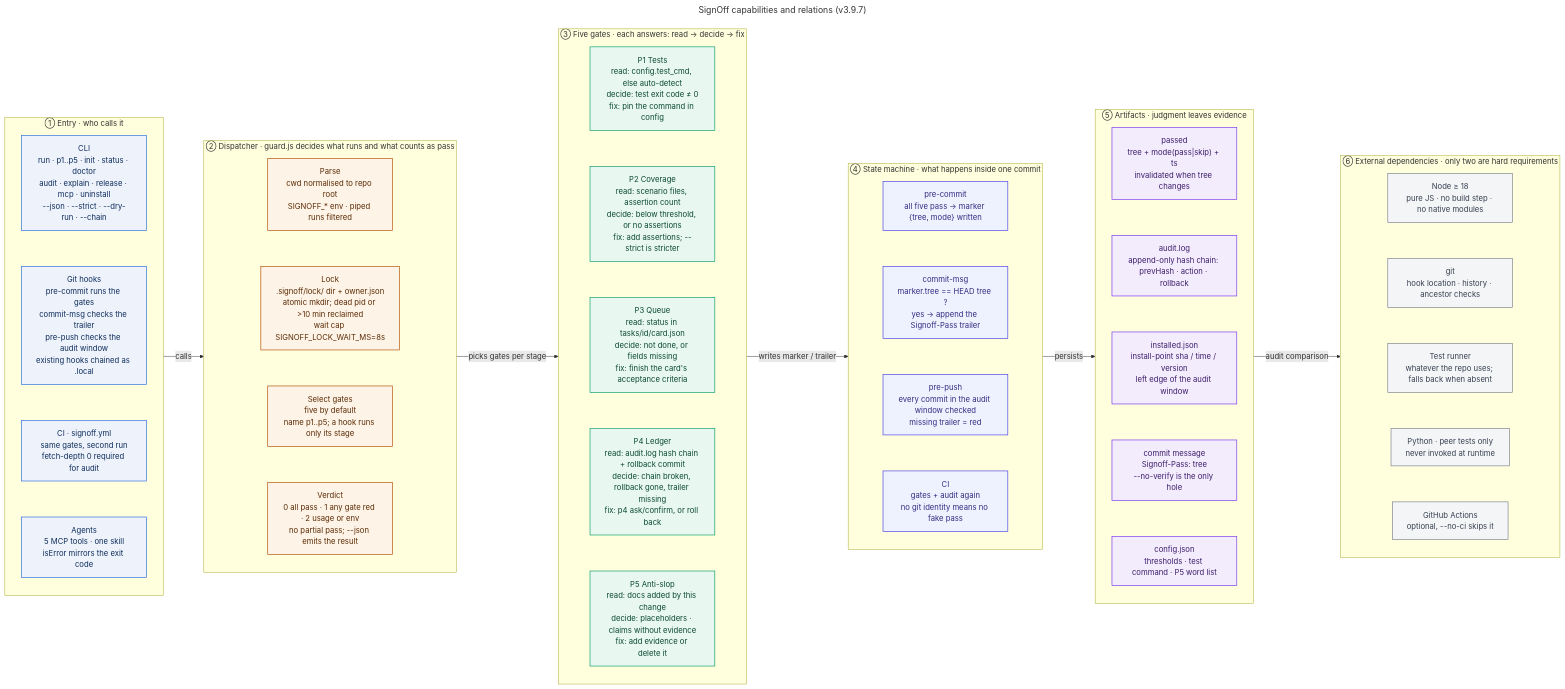
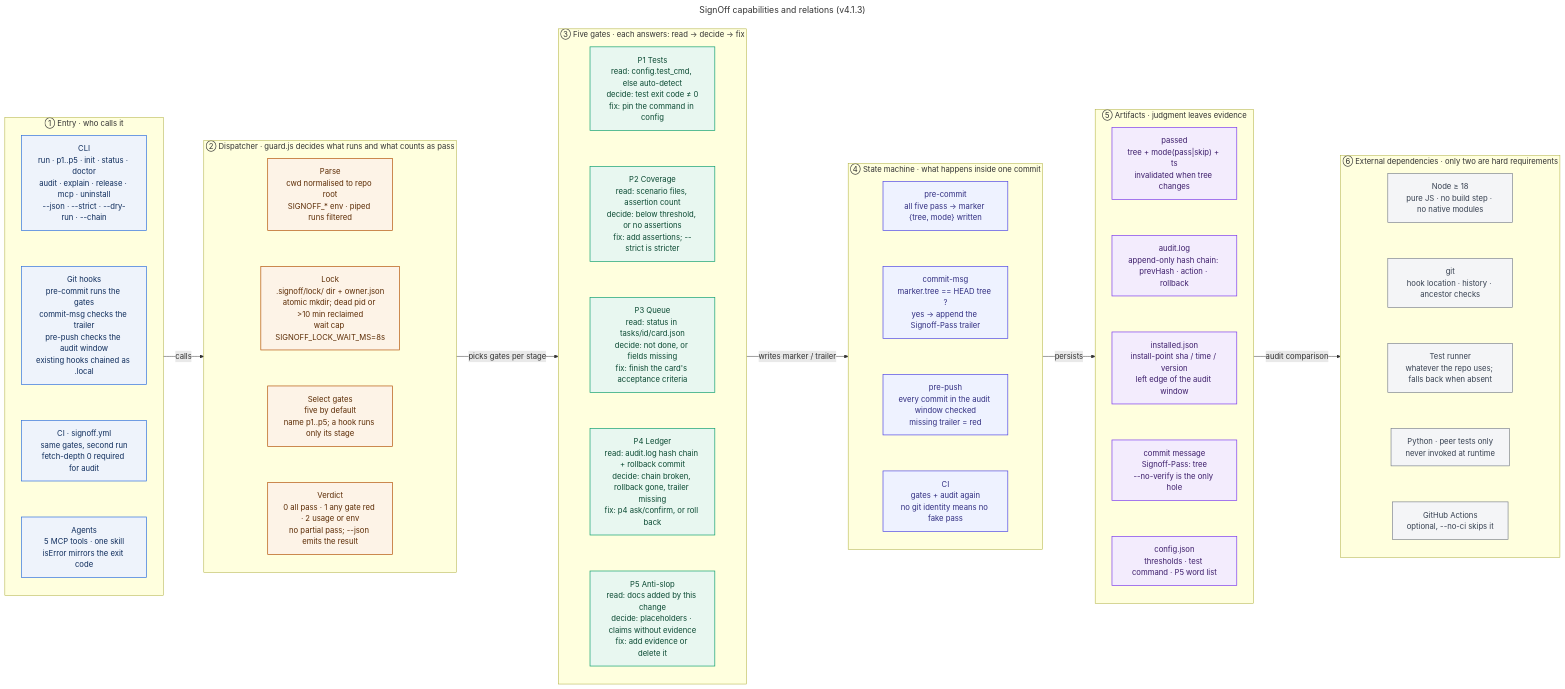
The diagram in docs/diagrams/src/signoff-1-capability-en.mmd (ayuanxx-max/dsh-signoff), drawn with Mermaid before and after one commit. The commit also changed 3 other files, not shown here.

Commit message:
docs: bump the capability diagram title to 4.1.3 Signoff-Pass: 857b2df680b9

```diff
--- a/docs/diagrams/src/signoff-1-capability-en.mmd
+++ b/docs/diagrams/src/signoff-1-capability-en.mmd
@@ -1,81 +1,81 @@
 ---
-title: SignOff capabilities and relations (v3.9.7)
+title: SignOff capabilities and relations (v4.1.3)
 ---
 flowchart LR
   subgraph L1["① Entry · who calls it"]
     direction TB
     A1["CLI<br/>run · p1..p5 · init · status · doctor<br/>audit · explain · release · mcp · uninstall<br/>--json · --strict · --dry-run · --chain"]
     A2["Git hooks<br/>pre-commit runs the gates<br/>commit-msg checks the trailer<br/>pre-push checks the audit window<br/>existing hooks chained as .local"]
     A3["CI · signoff.yml<br/>same gates, second run<br/>fetch-depth 0 required for audit"]
     A4["Agents<br/>5 MCP tools · one skill<br/>isError mirrors the exit code"]
     A1 ~~~ A2 ~~~ A3 ~~~ A4
   end
 
   subgraph L2["② Dispatcher · guard.js decides what runs and what counts as pass"]
     direction TB
     D1["Parse<br/>cwd normalised to repo root<br/>SIGNOFF_* env · piped runs filtered"]
     D2["Lock<br/>.signoff/lock/ dir + owner.json<br/>atomic mkdir; dead pid or >10 min reclaimed<br/>wait cap SIGNOFF_LOCK_WAIT_MS=8s"]
     D3["Select gates<br/>five by default<br/>name p1..p5; a hook runs only its stage"]
     D4["Verdict<br/>0 all pass · 1 any gate red · 2 usage or env<br/>no partial pass; --json emits the result"]
     D1 ~~~ D2 ~~~ D3 ~~~ D4
   end
 
   subgraph L3["③ Five gates · each answers: read → decide → fix"]
     direction TB
     P1["P1 Tests<br/>read: config.test_cmd, else auto-detect<br/>decide: test exit code ≠ 0<br/>fix: pin the command in config"]
     P2["P2 Coverage<br/>read: scenario files, assertion count<br/>decide: below threshold, or no assertions<br/>fix: add assertions; --strict is stricter"]
     P3["P3 Queue<br/>read: status in tasks/id/card.json<br/>decide: not done, or fields missing<br/>fix: finish the card's acceptance criteria"]
     P4["P4 Ledger<br/>read: audit.log hash chain + rollback commit<br/>decide: chain broken, rollback gone, trailer missing<br/>fix: p4 ask/confirm, or roll back"]
     P5["P5 Anti-slop<br/>read: docs added by this change<br/>decide: placeholders · claims without evidence<br/>fix: add evidence or delete it"]
     P1 ~~~ P2 ~~~ P3 ~~~ P4 ~~~ P5
   end
 
   subgraph L4["④ State machine · what happens inside one commit"]
     direction TB
     S1["pre-commit<br/>all five pass → marker {tree, mode} written"]
     S2["commit-msg<br/>marker.tree == HEAD tree ?<br/>yes → append the Signoff-Pass trailer"]
     S3["pre-push<br/>every commit in the audit window checked<br/>missing trailer = red"]
     S4["CI<br/>gates + audit again<br/>no git identity means no fake pass"]
     S1 ~~~ S2 ~~~ S3 ~~~ S4
   end
 
   subgraph L5["⑤ Artifacts · judgment leaves evidence"]
     direction TB
     F1["passed<br/>tree + mode(pass|skip) + ts<br/>invalidated when tree changes"]
     F2["audit.log<br/>append-only hash chain: prevHash · action · rollback"]
     F3["installed.json<br/>install-point sha / time / version<br/>left edge of the audit window"]
     F4["commit message<br/>Signoff-Pass: tree<br/>--no-verify is the only hole"]
     F5["config.json<br/>thresholds · test command · P5 word list"]
     F1 ~~~ F2 ~~~ F3 ~~~ F4 ~~~ F5
   end
 
   subgraph L6["⑥ External dependencies · only two are hard requirements"]
     direction TB
     X1["Node ≥ 18<br/>pure JS · no build step · no native modules"]
     X2["git<br/>hook location · history · ancestor checks"]
     X3["Test runner<br/>whatever the repo uses; falls back when absent"]
     X4["Python · peer tests only<br/>never invoked at runtime"]
     X5["GitHub Actions<br/>optional, --no-ci skips it"]
     X1 ~~~ X2 ~~~ X3 ~~~ X4 ~~~ X5
   end
 
   L1 -->|calls| L2
   L2 -->|picks gates per stage| L3
   L3 -->|writes marker / trailer| L4
   L4 -->|persists| L5
   L5 -->|audit comparison| L6
 
 
   classDef entry fill:#eef3fb,stroke:#2f6fdd,stroke-width:1.4px,color:#0f2d5c
   classDef sched fill:#fdf3e7,stroke:#b45309,stroke-width:1.4px,color:#5c2c05
   classDef gate fill:#e8f7f0,stroke:#0e9f6e,stroke-width:1.4px,color:#0b4a33
   classDef state fill:#eef2ff,stroke:#4f46e5,stroke-width:1.4px,color:#312e81
   classDef data fill:#f3ecfd,stroke:#7c3aed,stroke-width:1.4px,color:#3d1e6b
   classDef ext fill:#f4f5f7,stroke:#6b7280,stroke-width:1.2px,color:#374151
   classDef note fill:#ffffff,stroke:#0f172a,stroke-dasharray:4 3,color:#0f172a
   class A1,A2,A3,A4 entry
   class D1,D2,D3,D4 sched
   class P1,P2,P3,P4,P5 gate
   class S1,S2,S3,S4 state
   class F1,F2,F3,F4,F5 data
   class X1,X2,X3,X4,X5 ext
```
